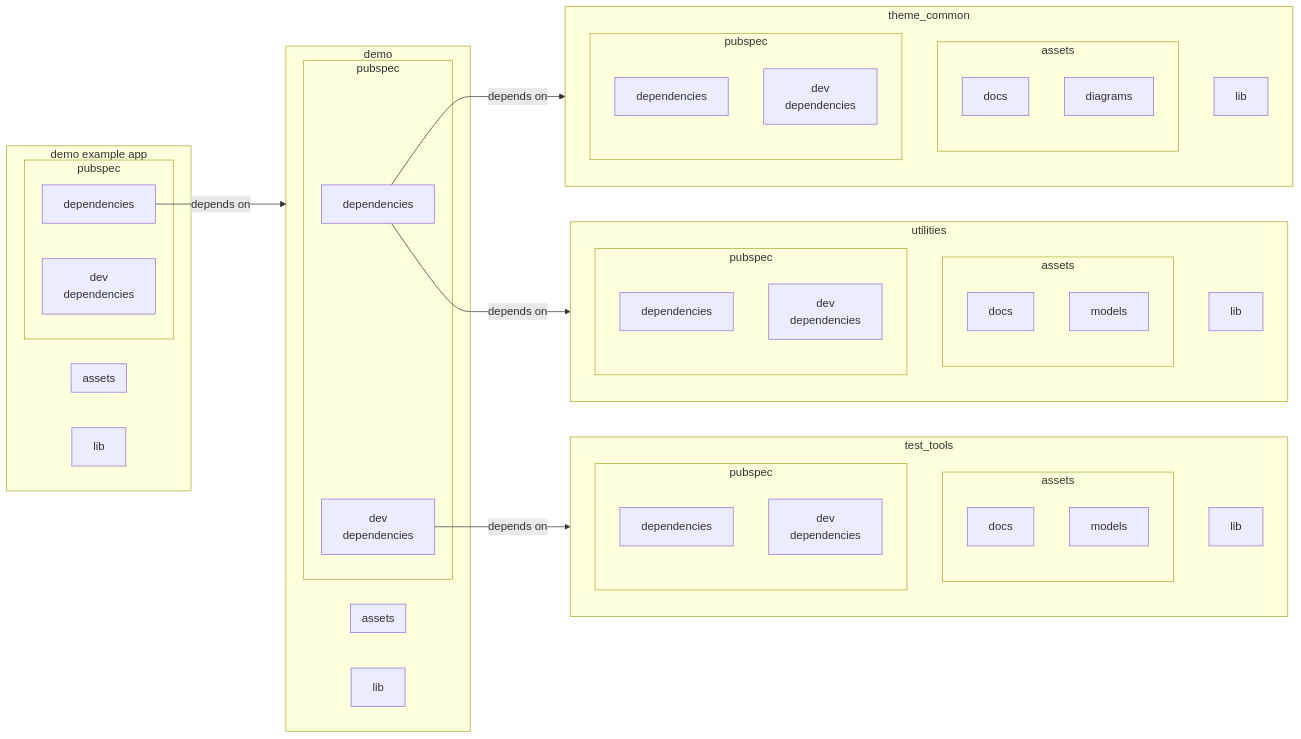
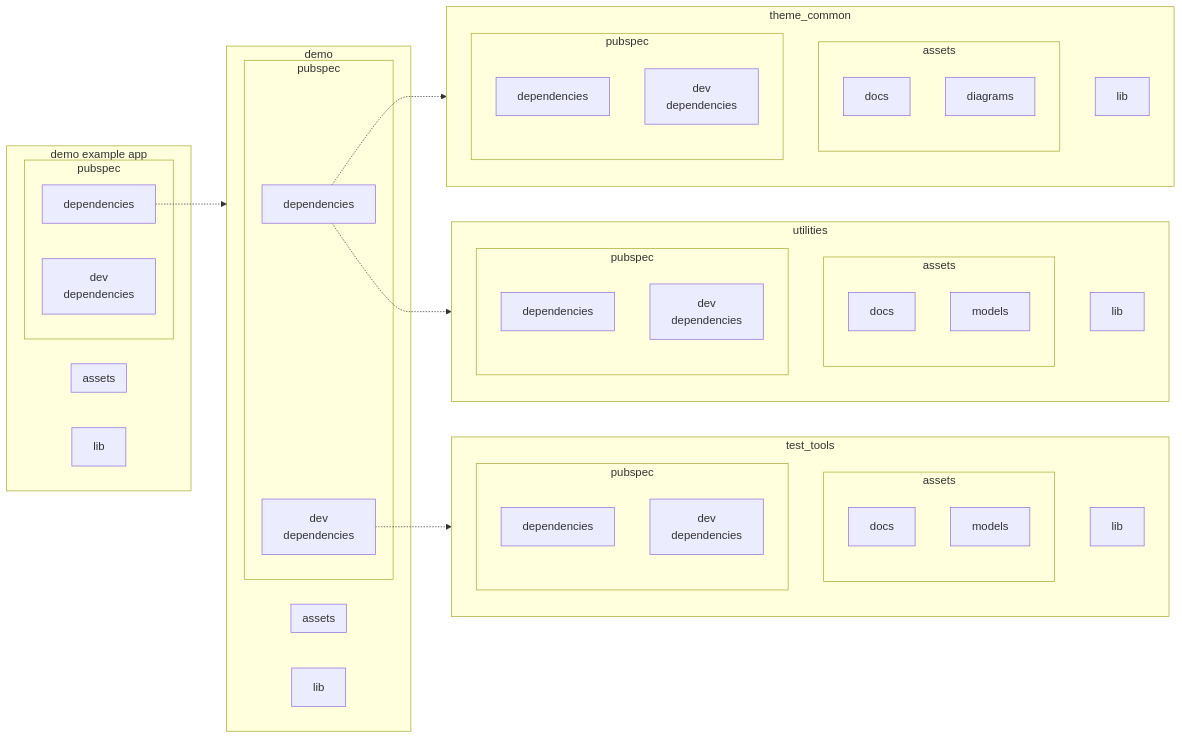
One commit to freemansoft/flutter_asset_demo changed the diagram in README.md. Above: the diagram before and after it, drawn with Mermaid.

Commit message:
shrink the arcs to make space

````diff
--- a/README.md
+++ b/README.md
@@ -27,71 +27,71 @@
 ```mermaid
 flowchart LR
 
 subgraph demo-example[demo example app]
     lib-example[lib]
     subgraph assets-example[assets]
     end
     subgraph pubspec-demo[pubspec]
         depend-example[dependencies]
         depend-test-example[dev<br/>dependencies]
     end
 end
 
 subgraph demo
     lib-demo[lib]
     subgraph assets-demo[assets]
     end
     subgraph pubspec-test[pubspec]
         depend-demo[dependencies]
         depend-test-demo[dev<br/>dependencies]
     end
 
 end
 
-depend-example --depends on--> demo
-depend-demo --depends on--> theme_common
-depend-demo --depends on--> utilities
-depend-test-demo -- depends on--> test_tools
+depend-example -.-> demo
+depend-demo -.-> theme_common
+depend-demo -.-> utilities
+depend-test-demo -.-> test_tools
 
 subgraph test_tools
     lib-test[lib]
     subgraph assets-test[assets]
         direction TB
         assets-tools-docs[docs]
         assets-tools-models[models]
     end
     subgraph pubspec-tools[pubspec]
         direction TB
         depend-tools[dependencies]
         depend-tools-test[dev<br/>dependencies]
     end
 end
 
 subgraph theme_common
     lib-theme[lib]
     subgraph assets-theme[assets]
         direction TB
         assets-theme-docs[docs]
         assets-theme-diagrams[diagrams]
     end
     subgraph pubspec-theme[pubspec]
         direction TB
         depend-theme[dependencies]
         depend-test-theme[dev<br/>dependencies]
     end
 end
 
 subgraph utilities
     lib-utilities[lib]
     subgraph assets-utilities[assets]
         direction TB
         assets-utilities-docs[docs]
         assets-utilities-models[models]
     end
     subgraph pubspec-utilities[pubspec]
         direction TB
         depend-utilities[dependencies]
         depend-test-utilities[dev<br/>dependencies]
     end
 end
 ```
````
